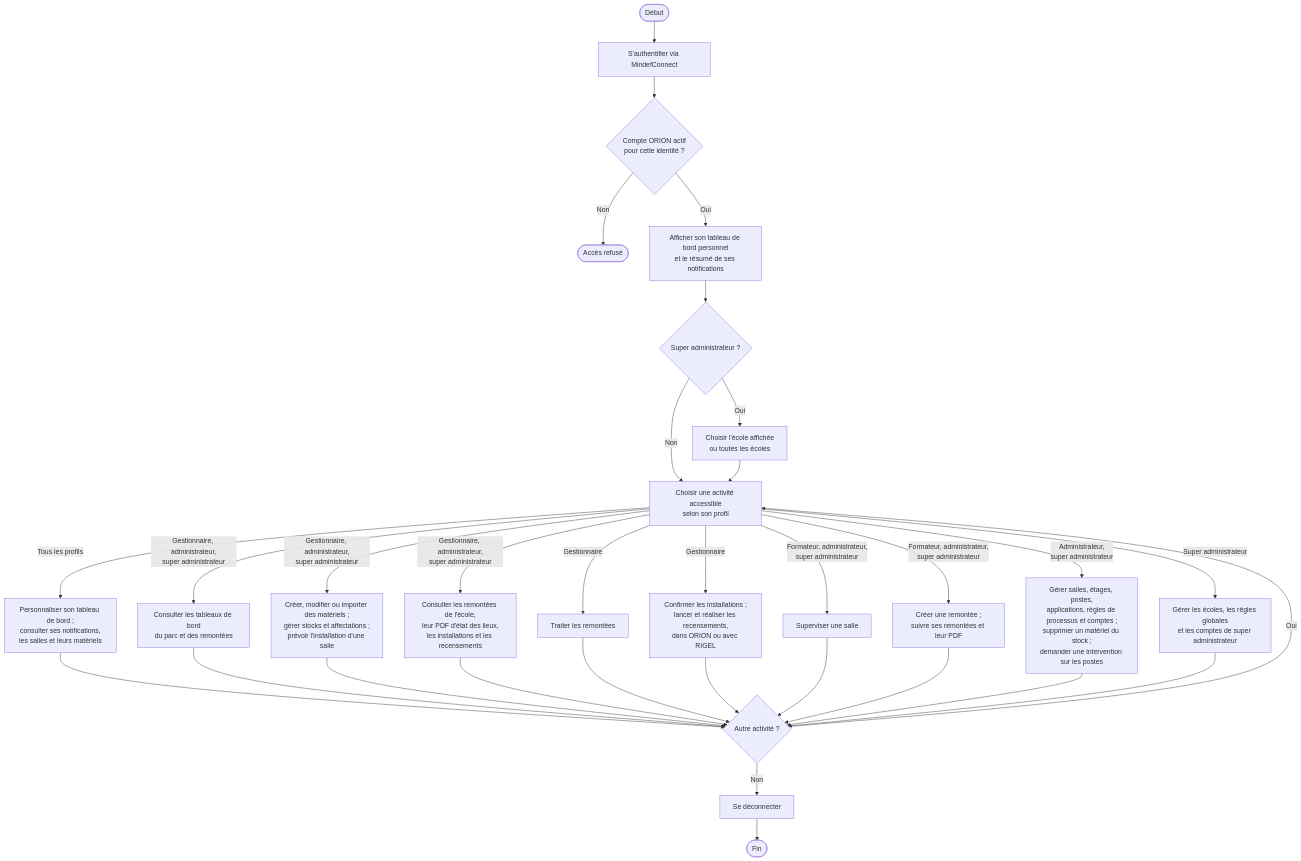
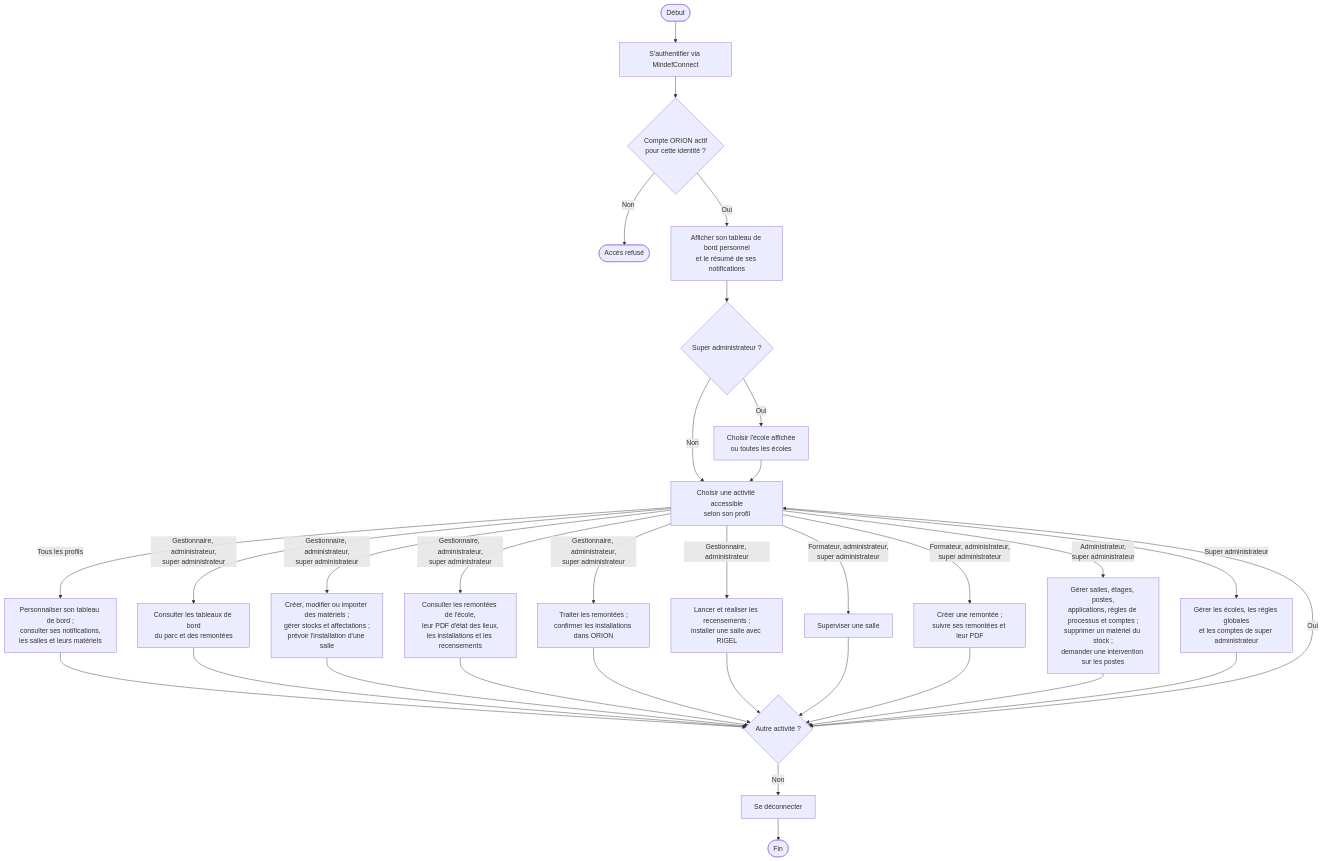
One commit to bpierrelouis/aster changed the first of 10 diagrams in docs/02-ANALYSE/01-MODELISATION-METIER/07-DIAGRAMMES-ACTIVITE.md. Above: the diagram before and after it, drawn with Mermaid. The commit also changed other lines of this file and 19 other files, not shown here.

First line of the commit message:
docs: aligner la documentation sur les droits hérités par l’administrateur

````diff
--- a/docs/02-ANALYSE/01-MODELISATION-METIER/07-DIAGRAMMES-ACTIVITE.md
+++ b/docs/02-ANALYSE/01-MODELISATION-METIER/07-DIAGRAMMES-ACTIVITE.md
@@ -11,36 +11,36 @@
 ```mermaid
 flowchart TD
     debut(["Début"]) --> authentification["S'authentifier via MindefConnect"]
     authentification --> compte{"Compte ORION actif<br/>pour cette identité ?"}
     compte -->|"Non"| refus(["Accès refusé"])
     compte -->|"Oui"| accueil["Afficher son tableau de bord personnel<br/>et le résumé de ses notifications"]
     accueil --> profil{"Super administrateur ?"}
     profil -->|"Oui"| ecole["Choisir l'école affichée<br/>ou toutes les écoles"]
     profil -->|"Non"| choix["Choisir une activité accessible<br/>selon son profil"]
     ecole --> choix
 
     choix -->|"Tous les profils"| personnel["Personnaliser son tableau de bord ;<br/>consulter ses notifications,<br/>les salles et leurs matériels"]
     choix -->|"Gestionnaire, administrateur,<br/>super administrateur"| bords["Consulter les tableaux de bord<br/>du parc et des remontées"]
     choix -->|"Gestionnaire, administrateur,<br/>super administrateur"| parc["Créer, modifier ou importer des matériels ;<br/>gérer stocks et affectations ;<br/>prévoir l'installation d'une salle"]
     choix -->|"Gestionnaire, administrateur,<br/>super administrateur"| suivi["Consulter les remontées de l'école,<br/>leur PDF d'état des lieux,<br/>les installations et les recensements"]
-    choix -->|"Gestionnaire"| traitement["Traiter les remontées"]
-    choix -->|"Gestionnaire"| rigel["Confirmer les installations ;<br/>lancer et réaliser les recensements,<br/>dans ORION ou avec RIGEL"]
+    choix -->|"Gestionnaire, administrateur,<br/>super administrateur"| traitement["Traiter les remontées ;<br/>confirmer les installations dans ORION"]
+    choix -->|"Gestionnaire, administrateur"| rigel["Lancer et réaliser les recensements ;<br/>installer une salle avec RIGEL"]
     choix -->|"Formateur, administrateur,<br/>super administrateur"| supervision["Superviser une salle"]
     choix -->|"Formateur, administrateur,<br/>super administrateur"| remontee["Créer une remontée ;<br/>suivre ses remontées et leur PDF"]
     choix -->|"Administrateur,<br/>super administrateur"| administration["Gérer salles, étages, postes,<br/>applications, règles de processus et comptes ;<br/>supprimer un matériel du stock ;<br/>demander une intervention sur les postes"]
     choix -->|"Super administrateur"| global["Gérer les écoles, les règles globales<br/>et les comptes de super administrateur"]
 
     personnel --> autre{"Autre activité ?"}
     bords --> autre
     parc --> autre
     suivi --> autre
     traitement --> autre
     rigel --> autre
     supervision --> autre
     remontee --> autre
     administration --> autre
     global --> autre
     autre -->|"Oui"| choix
     autre -->|"Non"| deconnexion["Se déconnecter"]
     deconnexion --> fin(["Fin"])
 ```
````
